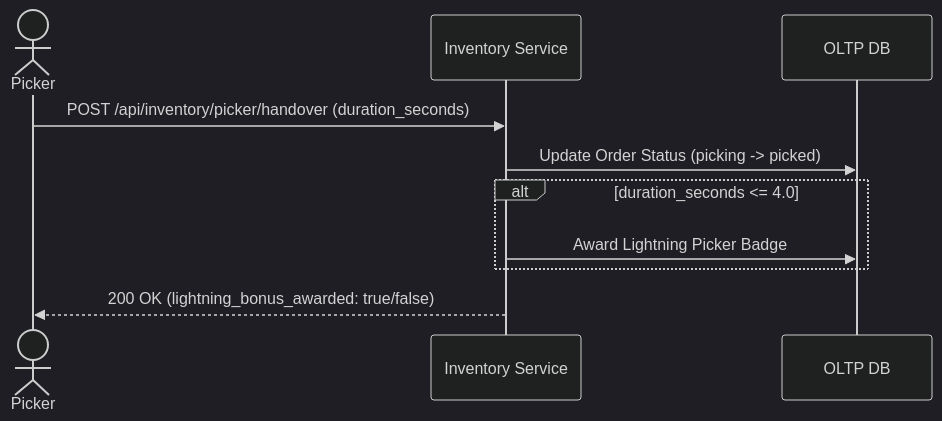
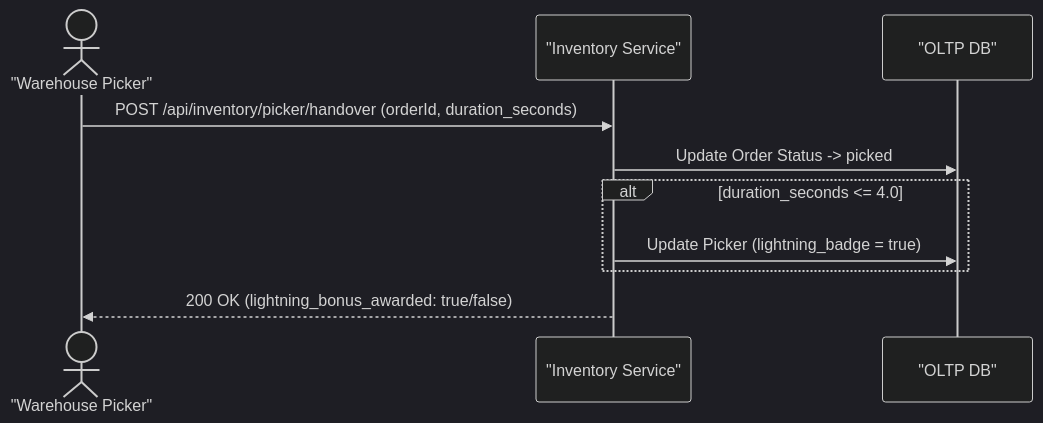
One commit to Muneeb7860/Swish_App changed diagram 12 of 13 in low_level_design.md. Above: the diagram before and after it, drawn with Mermaid (dark theme). The commit also changed other lines of this file and 25 other files, not shown here.

````diff
--- a/low_level_design.md
+++ b/low_level_design.md
@@ -310,15 +785,15 @@
 ```mermaid
 sequenceDiagram
-    actor Picker
-    participant InvSrv as Inventory Service
-    participant DB as OLTP DB
+    actor Picker as "Warehouse Picker"
+    participant InvSrv as "Inventory Service"
+    participant DB as "OLTP DB"
     
-    Picker->>InvSrv: POST /api/inventory/picker/handover (duration_seconds)
-    InvSrv->>DB: Update Order Status (picking -> picked)
+    Picker->>InvSrv: POST /api/inventory/picker/handover (orderId, duration_seconds)
+    InvSrv->>DB: Update Order Status -> picked
     
     alt duration_seconds <= 4.0
-        InvSrv->>DB: Award Lightning Picker Badge
+        InvSrv->>DB: Update Picker (lightning_badge = true)
     end
     
     InvSrv-->>Picker: 200 OK (lightning_bonus_awarded: true/false)
 ```
````
